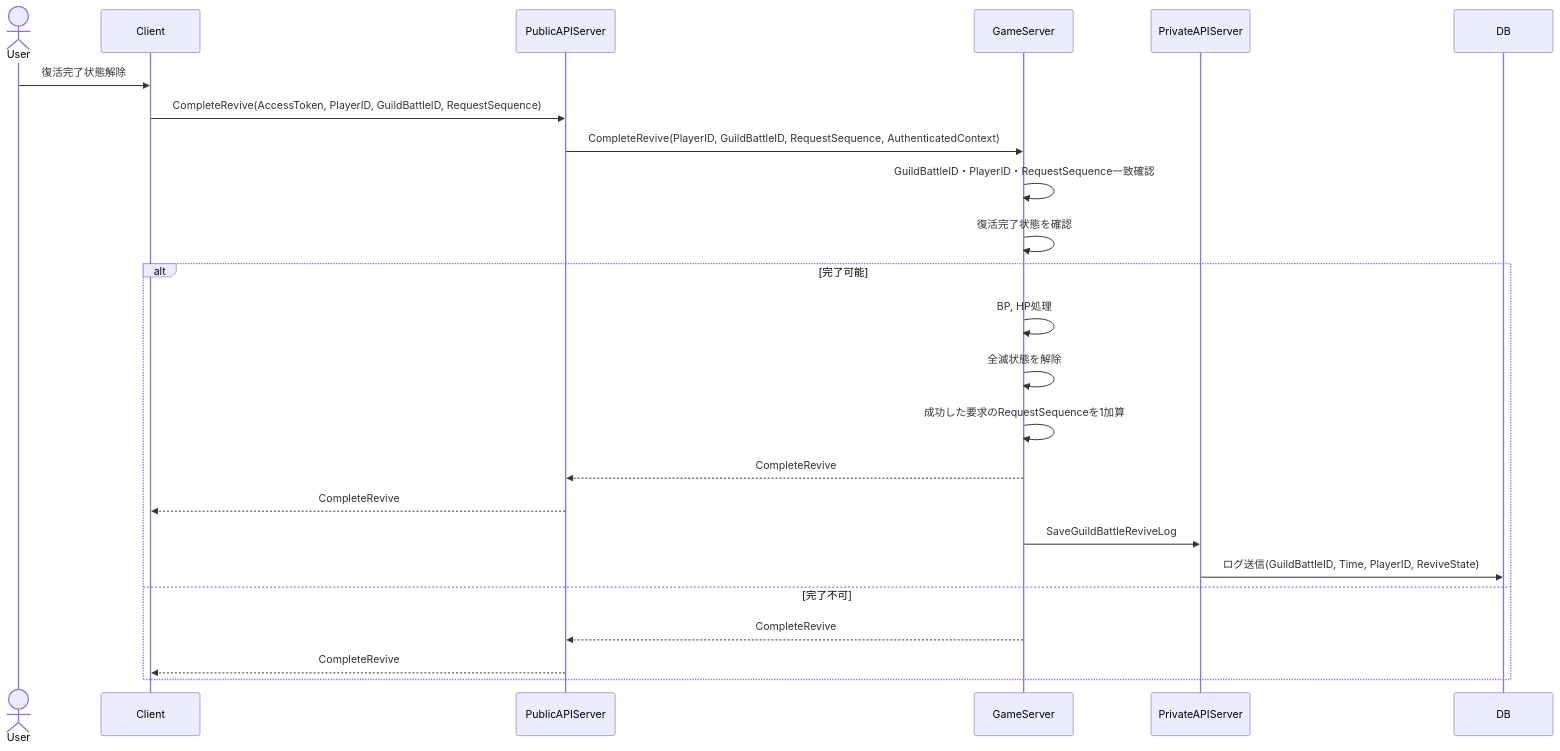
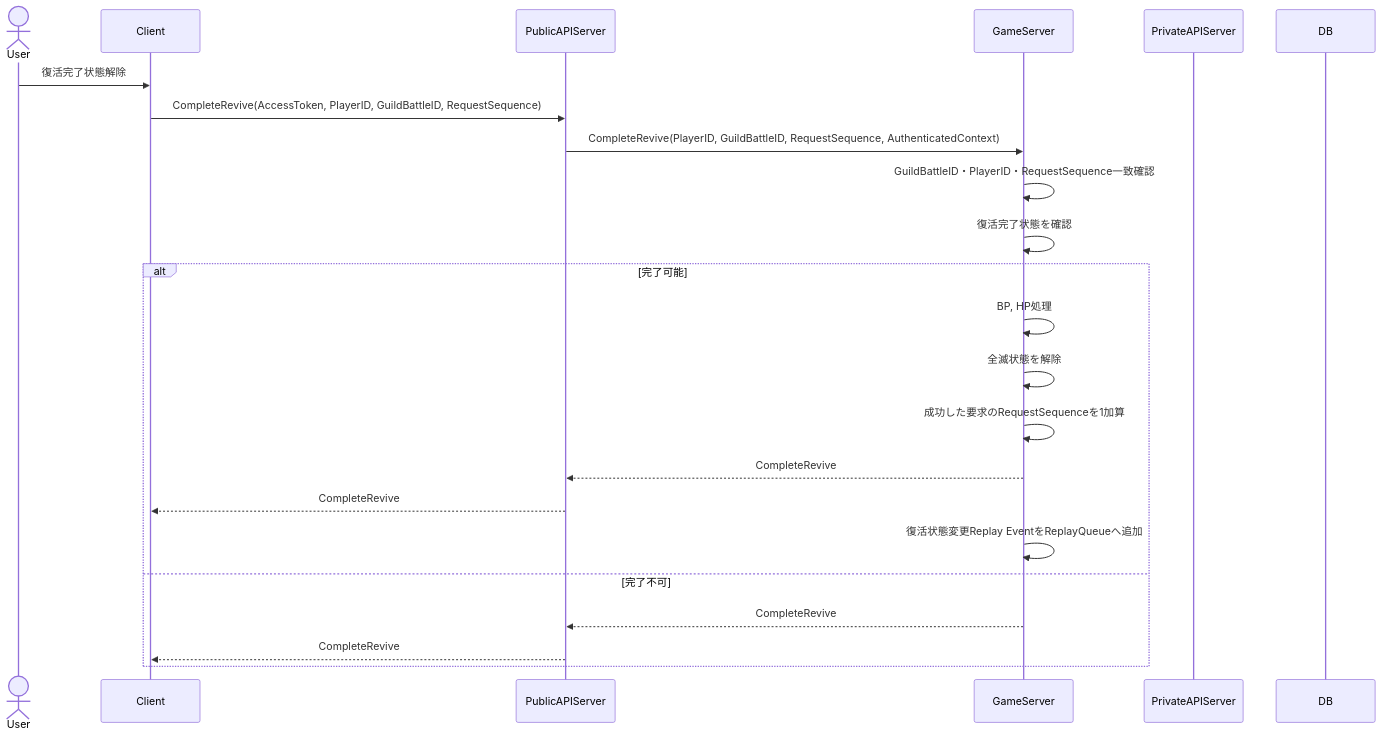
Diagram 15 of 16 in design/guild_battle.md (ReHydrangeaOdyssey/Specifications), drawn with Mermaid before and after one commit. The commit also changed other lines of this file and 5 other files, not shown here.

````diff
--- a/design/guild_battle.md
+++ b/design/guild_battle.md
@@ -619,30 +616,29 @@
 ```mermaid
 sequenceDiagram
     actor User
     participant Client
     participant PublicAPIServer
     participant GameServer
     participant PrivateAPIServer
     participant DB
 
     User->>Client: 復活完了状態解除
     Client->>PublicAPIServer: CompleteRevive(AccessToken, PlayerID, GuildBattleID, RequestSequence)
     PublicAPIServer->>GameServer: CompleteRevive(PlayerID, GuildBattleID, RequestSequence, AuthenticatedContext)
 
     GameServer->>GameServer: GuildBattleID・PlayerID・RequestSequence一致確認
     GameServer->>GameServer: 復活完了状態を確認
 
     alt 完了可能
         GameServer->>GameServer: BP, HP処理
         GameServer->>GameServer: 全滅状態を解除
         GameServer->>GameServer: 成功した要求のRequestSequenceを1加算
         GameServer-->>PublicAPIServer: CompleteRevive
         PublicAPIServer-->>Client: CompleteRevive
 
-        GameServer ->> PrivateAPIServer: SaveGuildBattleReviveLog
-        PrivateAPIServer ->> DB: ログ送信(GuildBattleID, Time, PlayerID, ReviveState)
+        GameServer ->> GameServer: 復活状態変更Replay EventをReplayQueueへ追加
     else 完了不可
         GameServer-->>PublicAPIServer: CompleteRevive
         PublicAPIServer-->>Client: CompleteRevive
     end
 ```
````
